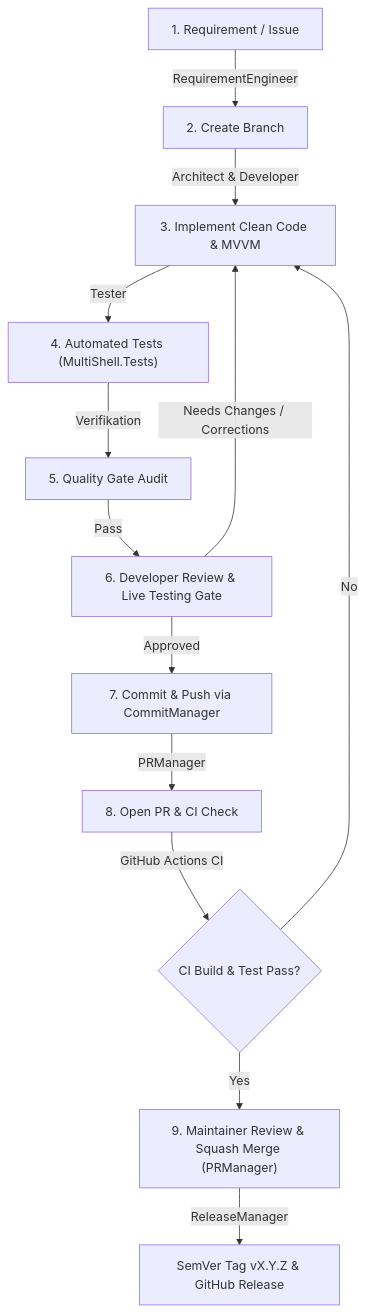
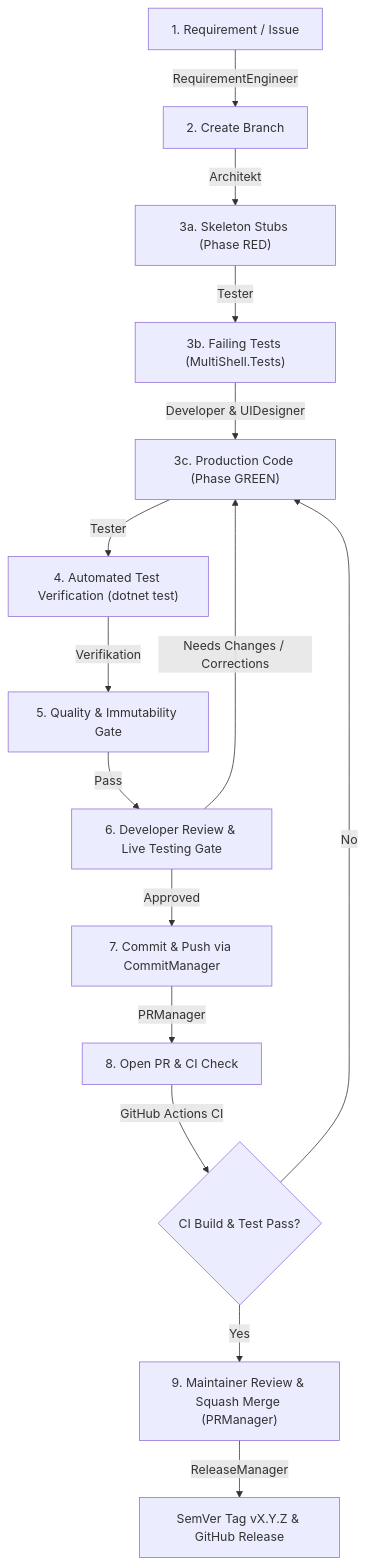
Before and after one commit to histore/multishell: the diagram in CONTRIBUTING.md, drawn with Mermaid. The commit also changed other lines of this file and 1 other file, not shown here.

````diff
--- a/CONTRIBUTING.md
+++ b/CONTRIBUTING.md
@@ -49,15 +49,17 @@
 ```mermaid
 flowchart TD
     A["1. Requirement / Issue"] -->|"RequirementEngineer"| B["2. Create Branch"]
-    B -->|"Architect & Developer"| C["3. Implement Clean Code & MVVM"]
-    C -->|"Tester"| D["4. Automated Tests (MultiShell.Tests)"]
-    D -->|"Verifikation"| E["5. Quality Gate Audit"]
+    B -->|"Architekt"| C1["3a. Skeleton Stubs (Phase RED)"]
+    C1 -->|"Tester"| C2["3b. Failing Tests (MultiShell.Tests)"]
+    C2 -->|"Developer & UIDesigner"| C3["3c. Production Code (Phase GREEN)"]
+    C3 -->|"Tester"| D["4. Automated Test Verification (dotnet test)"]
+    D -->|"Verifikation"| E["5. Quality & Immutability Gate"]
     E -->|"Pass"| F["6. Developer Review & Live Testing Gate"]
-    F -->|"Needs Changes / Corrections"| C
+    F -->|"Needs Changes / Corrections"| C3
     F -->|"Approved"| G["7. Commit & Push via CommitManager"]
     G -->|"PRManager"| H["8. Open PR & CI Check"]
     H -->|"GitHub Actions CI"| I{"CI Build & Test Pass?"}
-    I -->|"No"| C
+    I -->|"No"| C3
     I -->|"Yes"| J["9. Maintainer Review & Squash Merge (PRManager)"]
     J -->|"ReleaseManager"| K["SemVer Tag vX.Y.Z & GitHub Release"]
 ```
````
